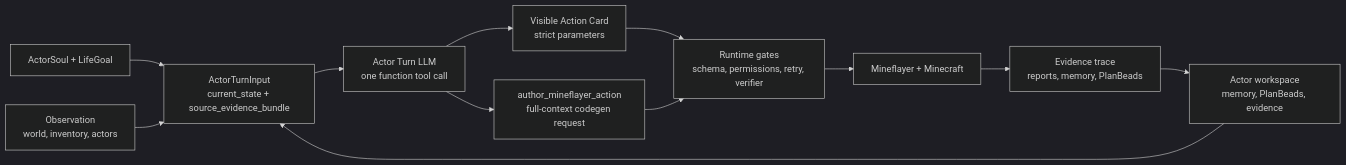
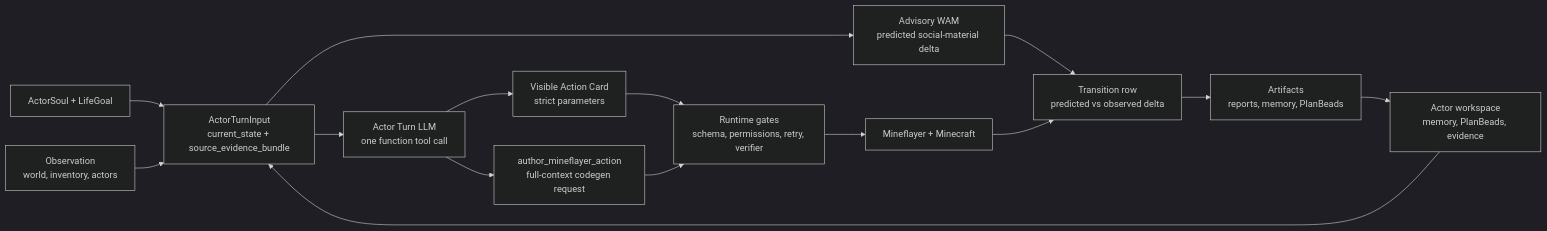
One commit to gigio1023/minecraft-llm-agent-community changed the diagram in README.md. Above: the diagram before and after it, drawn with Mermaid (dark theme). The commit also changed other lines of this file and 34 other files, not shown here.

Commit message:
docs: reframe research around social-material WAM

````diff
--- a/README.md
+++ b/README.md
@@ -50,21 +62,25 @@
 ```mermaid
 flowchart LR
   Soul["ActorSoul + LifeGoal"]
   Observe["Observation<br/>world, inventory, actors"]
   Workspace["Actor workspace<br/>memory, PlanBeads, evidence"]
   Input["ActorTurnInput<br/>current_state + source_evidence_bundle"]
+  WAM["Advisory WAM<br/>predicted social-material delta"]
   LLM["Actor Turn LLM<br/>one function tool call"]
   Card["Visible Action Card<br/>strict parameters"]
   Author["author_mineflayer_action<br/>full-context codegen request"]
   Runtime["Runtime gates<br/>schema, permissions, retry, verifier"]
   MC["Mineflayer + Minecraft"]
-  Evidence["Evidence trace<br/>reports, memory, PlanBeads"]
+  Row["Transition row<br/>predicted vs observed delta"]
+  Evidence["Artifacts<br/>reports, memory, PlanBeads"]
 
   Soul --> Input
   Observe --> Input
   Workspace --> Input
+  Input --> WAM
   Input --> LLM
   LLM --> Card --> Runtime
   LLM --> Author --> Runtime
-  Runtime --> MC --> Evidence --> Workspace
+  WAM --> Row
+  Runtime --> MC --> Row --> Evidence --> Workspace
 ```
````
